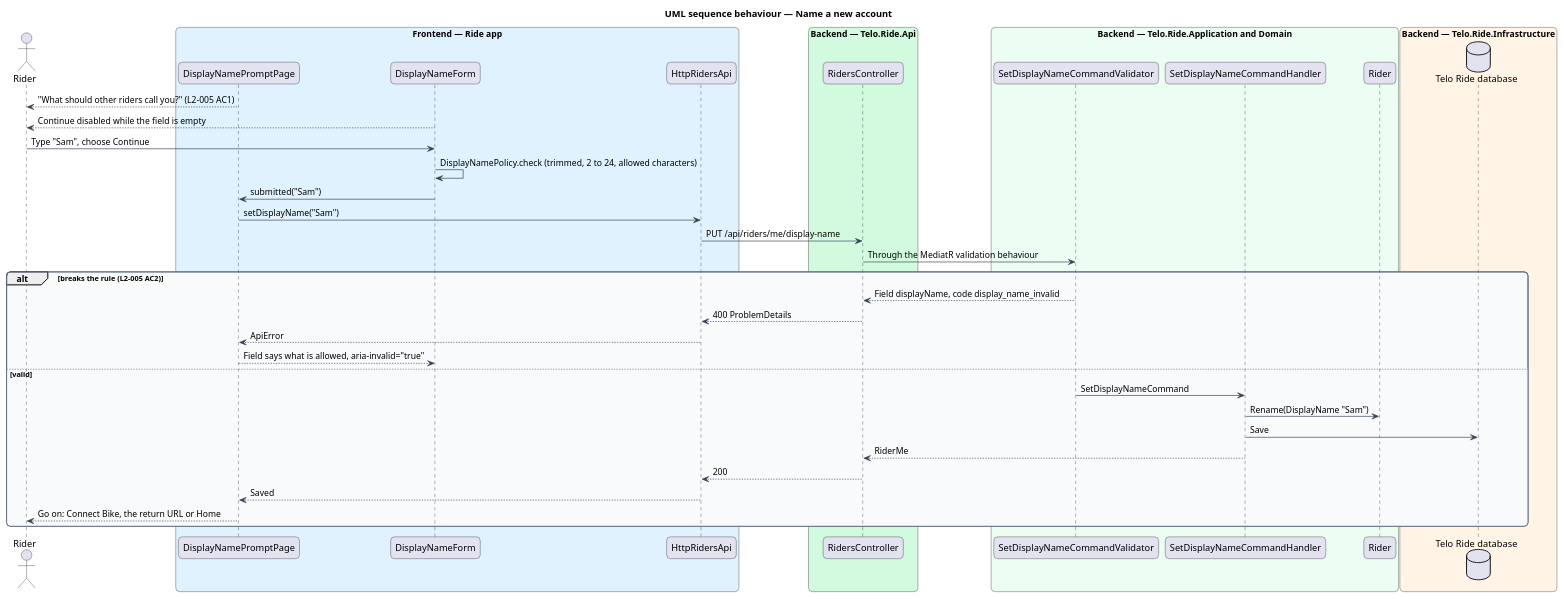
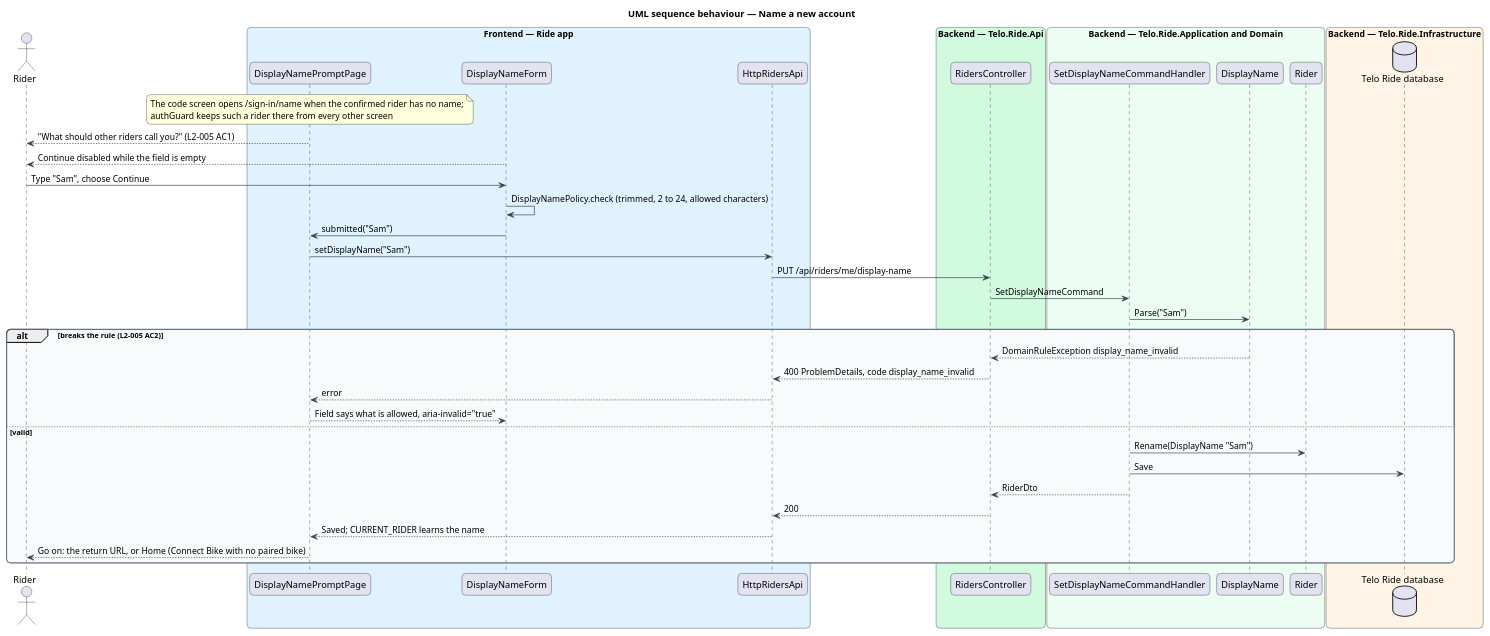
Before and after one commit to QuinntyneBrown/ride-one: the diagram in docs/detailed-designs/accounts/choose-a-display-name/diagrams/sequence-name-a-new-account.puml, drawn with PlantUML. The commit also changed 23 other files, not shown here.

First line of the commit message:
Mock the display name prompt and dialog, and align its design

```diff
--- a/docs/detailed-designs/accounts/choose-a-display-name/diagrams/sequence-name-a-new-account.puml
+++ b/docs/detailed-designs/accounts/choose-a-display-name/diagrams/sequence-name-a-new-account.puml
@@ -1,56 +1,57 @@
 @startuml
 title UML sequence behaviour — Name a new account
 skinparam backgroundColor #FFFFFF
 skinparam shadowing false
 skinparam roundcorner 12
 skinparam defaultFontName Arial
 skinparam ArrowColor #344054
 skinparam rectangle {
   BorderColor #344054
   FontColor #101828
 }
 skinparam package {
   BorderColor #667085
   FontColor #101828
   BackgroundColor #F9FAFB
 }
 actor "Rider" as actor
 box "Frontend — Ride app" #E0F2FE
   participant "DisplayNamePromptPage" as page
   participant "DisplayNameForm" as form
   participant "HttpRidersApi" as client
 end box
 box "Backend — Telo.Ride.Api" #D1FADF
   participant "RidersController" as ctrl
 end box
 box "Backend — Telo.Ride.Application and Domain" #ECFDF3
-  participant "SetDisplayNameCommandValidator" as validator
   participant "SetDisplayNameCommandHandler" as handler
+  participant "DisplayName" as name
   participant "Rider" as rider
 end box
 box "Backend — Telo.Ride.Infrastructure" #FFF4E5
   database "Telo Ride database" as db
 end box
+note over page : The code screen opens /sign-in/name when the confirmed rider has no name;\nauthGuard keeps such a rider there from every other screen
 page --> actor : "What should other riders call you?" (L2-005 AC1)
 form --> actor : Continue disabled while the field is empty
 actor -> form : Type "Sam", choose Continue
 form -> form : DisplayNamePolicy.check (trimmed, 2 to 24, allowed characters)
 form -> page : submitted("Sam")
 page -> client : setDisplayName("Sam")
 client -> ctrl : PUT /api/riders/me/display-name
-ctrl -> validator : Through the MediatR validation behaviour
+ctrl -> handler : SetDisplayNameCommand
+handler -> name : Parse("Sam")
 alt breaks the rule (L2-005 AC2)
-  validator --> ctrl : Field displayName, code display_name_invalid
-  ctrl --> client : 400 ProblemDetails
-  client --> page : ApiError
+  name --> ctrl : DomainRuleException display_name_invalid
+  ctrl --> client : 400 ProblemDetails, code display_name_invalid
+  client --> page : error
   page --> form : Field says what is allowed, aria-invalid="true"
 else valid
-  validator -> handler : SetDisplayNameCommand
   handler -> rider : Rename(DisplayName "Sam")
   handler -> db : Save
-  handler --> ctrl : RiderMe
+  handler --> ctrl : RiderDto
   ctrl --> client : 200
-  client --> page : Saved
-  page --> actor : Go on: Connect Bike, the return URL or Home
+  client --> page : Saved; CURRENT_RIDER learns the name
+  page --> actor : Go on: the return URL, or Home (Connect Bike with no paired bike)
 end
 @enduml
```
